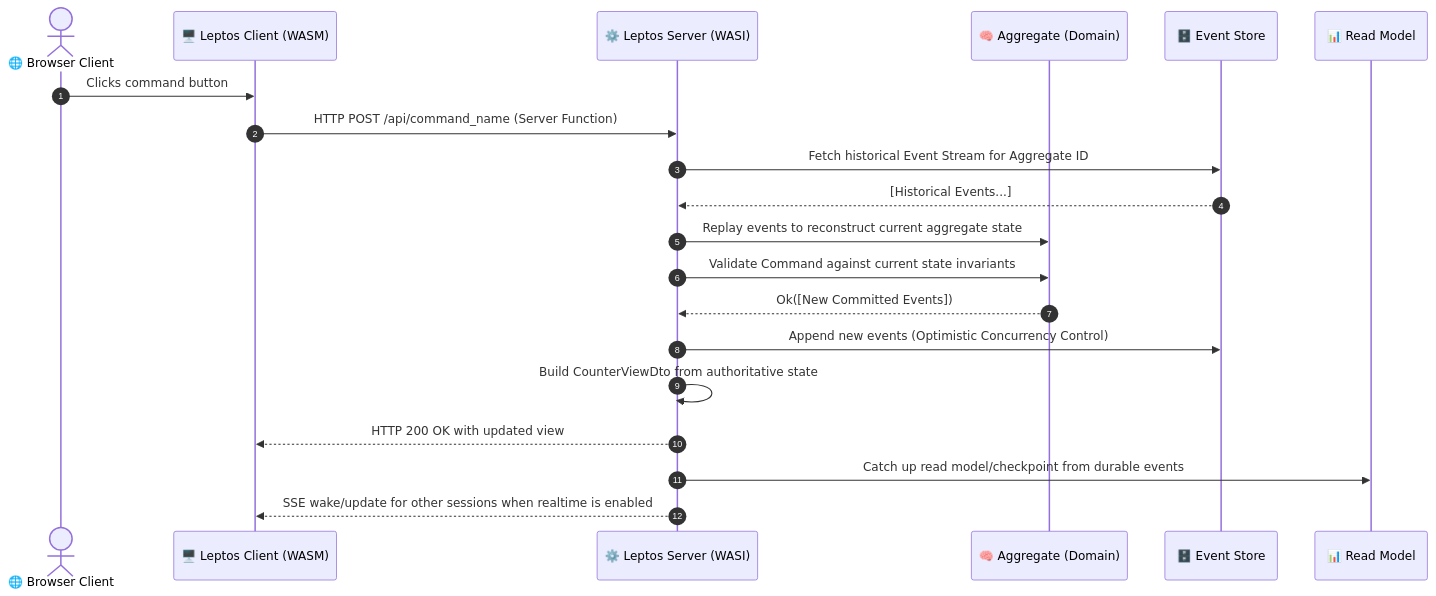
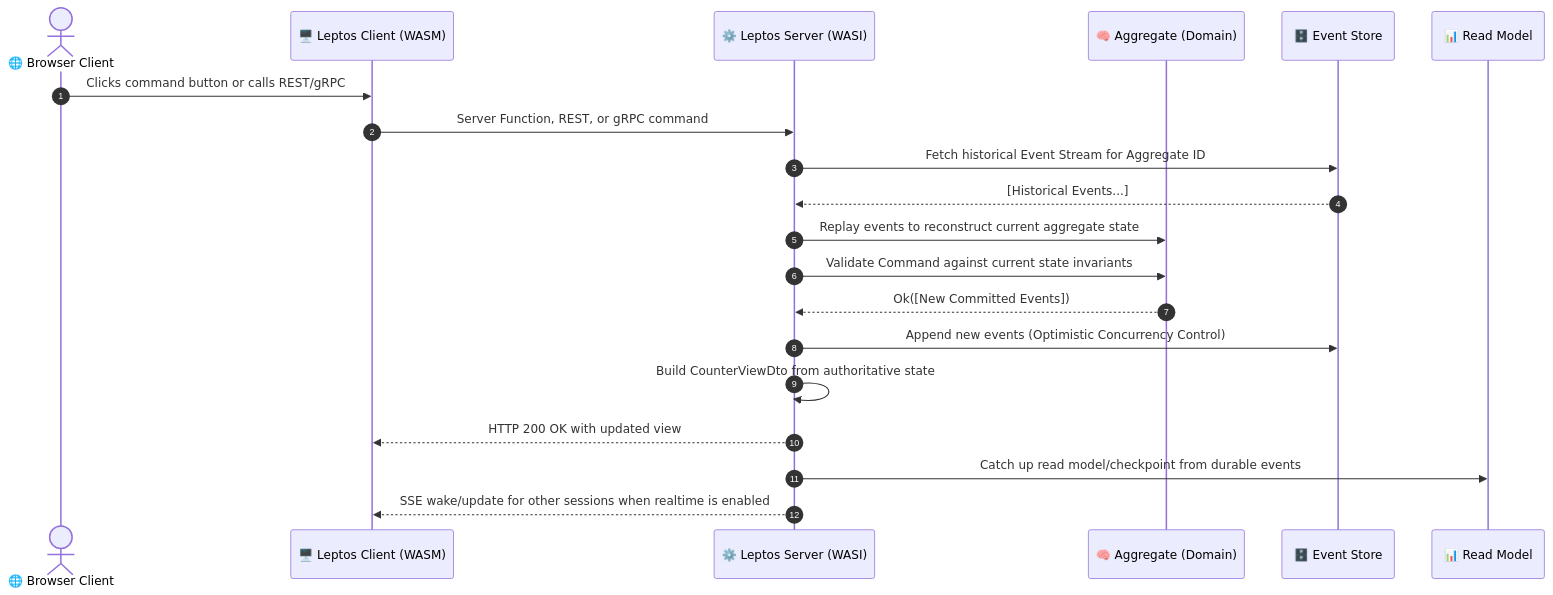
The diagram in .agents/skills/leptos-wasi-cqrs/SKILL.md (codeitlikemiley/ddd-cqrs-es), drawn with Mermaid before and after one commit. The commit also changed other lines of this file and 14 other files, not shown here.

````diff
--- a/.agents/skills/leptos-wasi-cqrs/SKILL.md
+++ b/.agents/skills/leptos-wasi-cqrs/SKILL.md
@@ -16,23 +16,23 @@
 ```mermaid
 sequenceDiagram
     autonumber
     actor User as 🌐 Browser Client
     participant Client as 🖥️ Leptos Client (WASM)
     participant Server as ⚙️ Leptos Server (WASI)
     participant Domain as 🧠 Aggregate (Domain)
     participant EventDB as 🗄️ Event Store
     participant ReadDB as 📊 Read Model
     
-    User->>Client: Clicks command button
-    Client->>Server: HTTP POST /api/command_name (Server Function)
+    User->>Client: Clicks command button or calls REST/gRPC
+    Client->>Server: Server Function, REST, or gRPC command
     Server->>EventDB: Fetch historical Event Stream for Aggregate ID
     EventDB-->>Server: [Historical Events...]
     Server->>Domain: Replay events to reconstruct current aggregate state
     Server->>Domain: Validate Command against current state invariants
     Domain-->>Server: Ok([New Committed Events])
     Server->>EventDB: Append new events (Optimistic Concurrency Control)
     Server->>Server: Build CounterViewDto from authoritative state
     Server-->>Client: HTTP 200 OK with updated view
     Server->>ReadDB: Catch up read model/checkpoint from durable events
     Server-->>Client: SSE wake/update for other sessions when realtime is enabled
 ```
````
